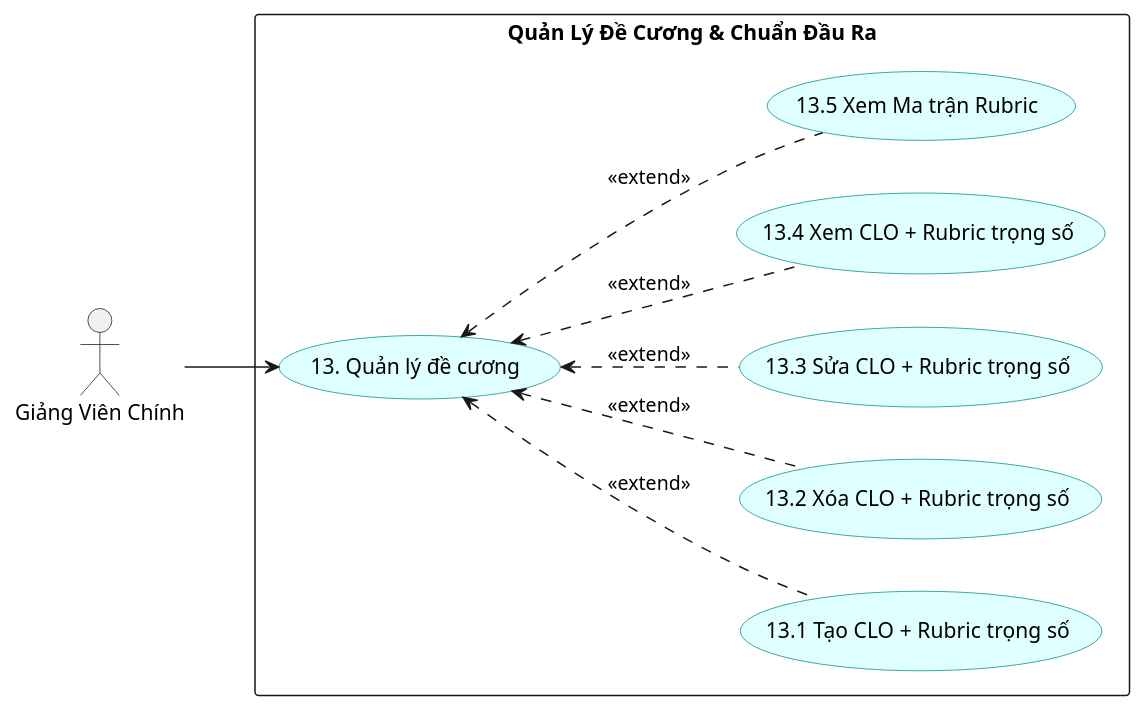
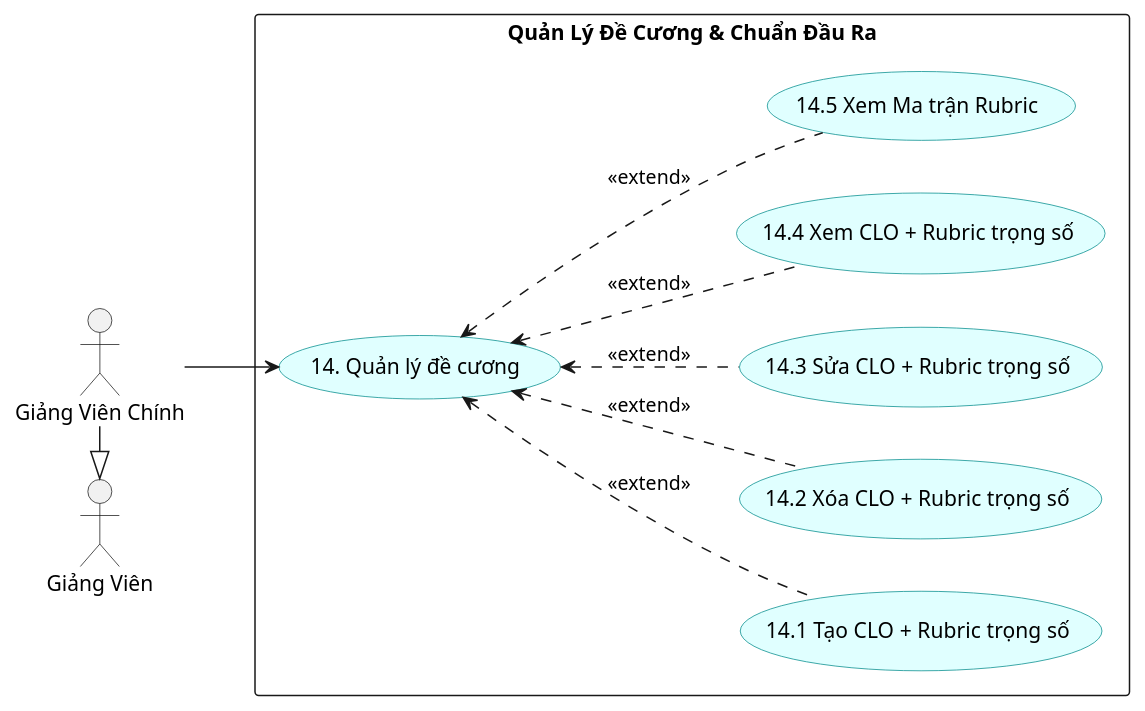
The diagram in eureka-server/eureka-server/src/main/java/hcmuaf/edu/vn/fit/rubric/plantUML/MainTeacherUserCase.puml (thanhthanh123vn/Rubric_Thanh_Duc_2025_2026), drawn with PlantUML before and after one commit. The commit also changed 22 other files, not shown here.

```diff
--- a/eureka-server/eureka-server/src/main/java/hcmuaf/edu/vn/fit/rubric/plantUML/MainTeacherUserCase.puml
+++ b/eureka-server/eureka-server/src/main/java/hcmuaf/edu/vn/fit/rubric/plantUML/MainTeacherUserCase.puml
@@ -1,26 +1,27 @@
 @startuml
 left to right direction
 skinparam packageStyle rectangle
 skinparam usecase {
   BackgroundColor LightCyan
   BorderColor DarkCyan
 }
 
 actor "Giảng Viên Chính" as MainTeacher
-
+actor "Giảng Viên" as Teacher
+MainTeacher -|> Teacher
 package "Quản Lý Đề Cương & Chuẩn Đầu Ra" {
-  usecase "13. Quản lý đề cương" as UC_Syllabus
-  usecase "13.1 Tạo CLO + Rubric trọng số" as UC_CreateRubric
-  usecase "13.2 Xóa CLO + Rubric trọng số" as UC_DelRubric
-  usecase "13.3 Sửa CLO + Rubric trọng số" as UC_EditRubric
-  usecase "13.4 Xem CLO + Rubric trọng số" as UC_ViewRubric
-  usecase "13.5 Xem Ma trận Rubric" as UC_Matrix
+  usecase "14. Quản lý đề cương" as UC_Syllabus
+  usecase "14.1 Tạo CLO + Rubric trọng số" as UC_CreateRubric
+  usecase "14.2 Xóa CLO + Rubric trọng số" as UC_DelRubric
+  usecase "14.3 Sửa CLO + Rubric trọng số" as UC_EditRubric
+  usecase "14.4 Xem CLO + Rubric trọng số" as UC_ViewRubric
+  usecase "14.5 Xem Ma trận Rubric" as UC_Matrix
 }
 
 MainTeacher --> UC_Syllabus
 UC_Syllabus <.. UC_CreateRubric : <<extend>>
 UC_Syllabus <.. UC_DelRubric : <<extend>>
 UC_Syllabus <.. UC_EditRubric : <<extend>>
 UC_Syllabus <.. UC_ViewRubric : <<extend>>
 UC_Syllabus <.. UC_Matrix : <<extend>>
 @enduml
```
